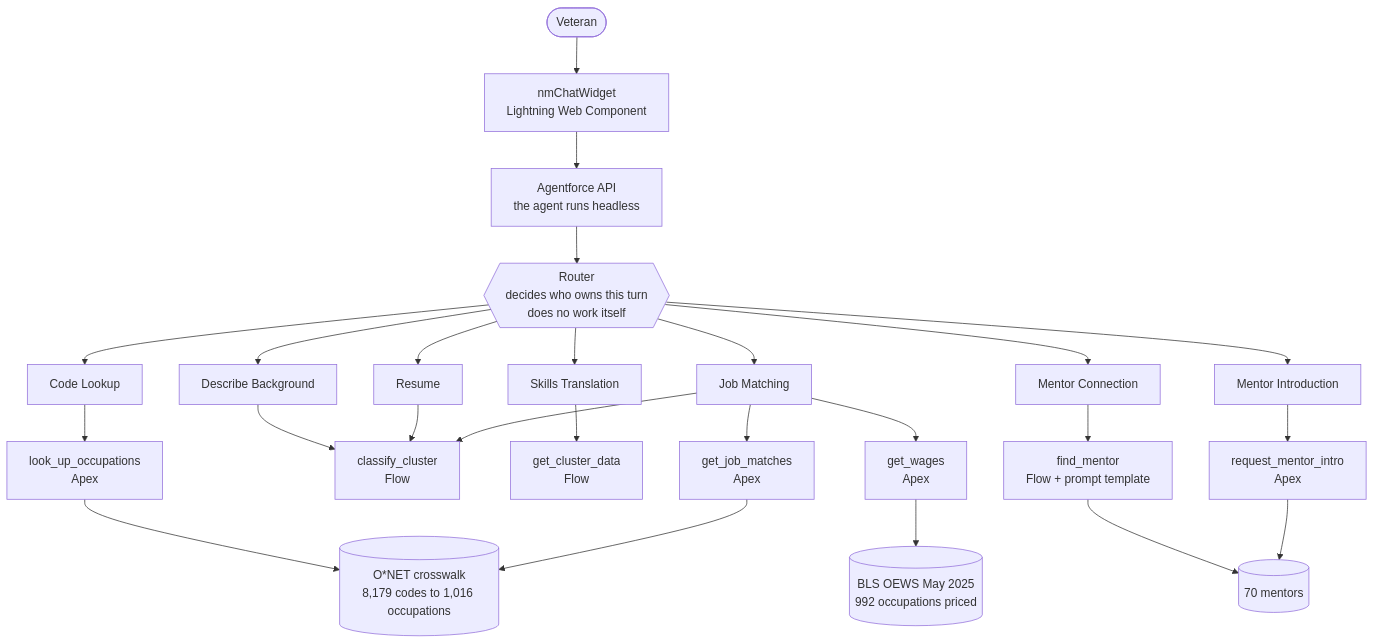
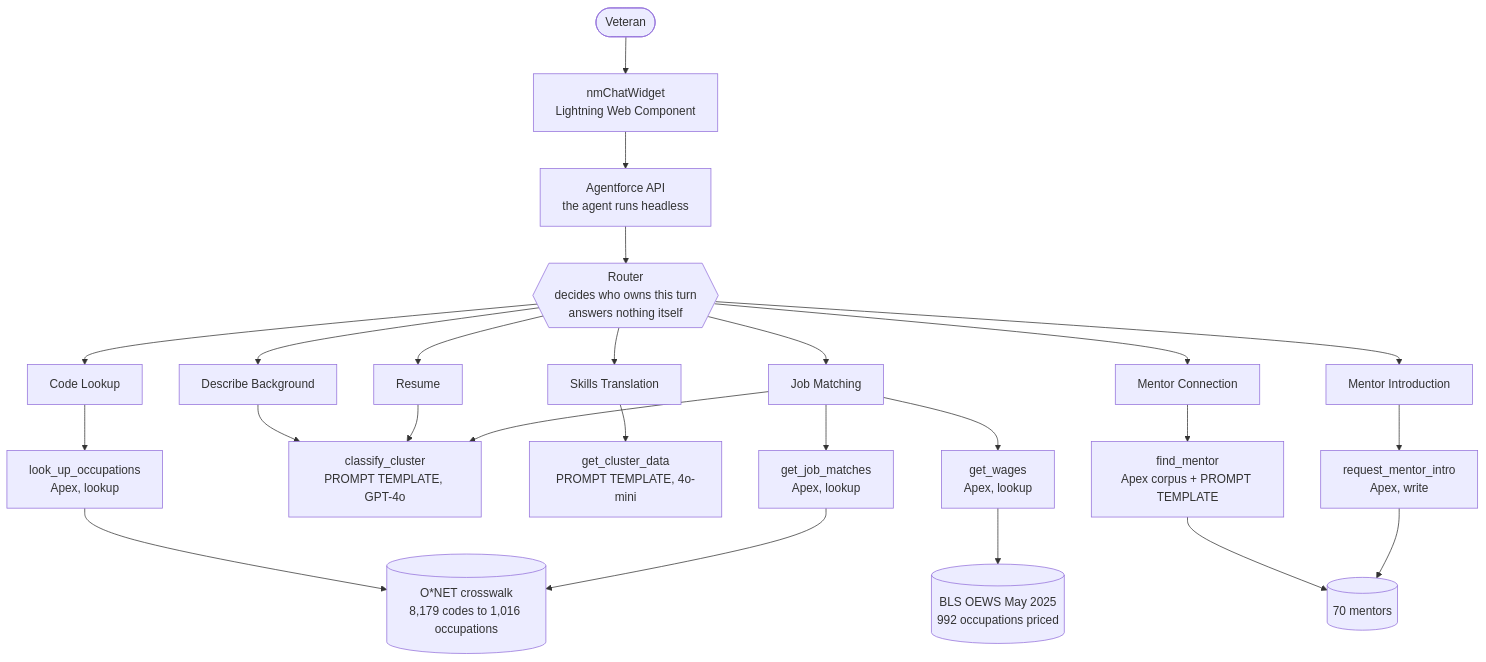
Before and after one commit to apurpuraJax/NextMission-Dreamforce-Hackathon: the first of 2 diagrams in DESIGN.md, drawn with Mermaid. The commit also changed other lines of this file, not shown here.

````diff
--- a/DESIGN.md
+++ b/DESIGN.md
@@ -11,30 +51,30 @@
 ```mermaid
 flowchart TD
     V([Veteran]) --> W[nmChatWidget<br/>Lightning Web Component]
     W --> API[Agentforce API<br/>the agent runs headless]
-    API --> R{{"Router<br/>decides who owns this turn<br/>does no work itself"}}
+    API --> R{{"Router<br/>decides who owns this turn<br/>answers nothing itself"}}
 
     R --> CL[Code Lookup]
     R --> DB[Describe Background]
     R --> RES[Resume]
     R --> ST[Skills Translation]
     R --> JM[Job Matching]
     R --> MC[Mentor Connection]
     R --> MI[Mentor Introduction]
 
-    CL --> A1[look_up_occupations<br/>Apex]
-    DB --> F1[classify_cluster<br/>Flow]
+    CL --> A1["look_up_occupations<br/>Apex, lookup"]
+    DB --> F1["classify_cluster<br/>PROMPT TEMPLATE, GPT-4o"]
     RES --> F1
-    ST --> F2[get_cluster_data<br/>Flow]
-    JM --> A2[get_job_matches<br/>Apex]
-    JM --> A3[get_wages<br/>Apex]
+    ST --> F2["get_cluster_data<br/>PROMPT TEMPLATE, 4o-mini"]
+    JM --> A2["get_job_matches<br/>Apex, lookup"]
+    JM --> A3["get_wages<br/>Apex, lookup"]
     JM --> F1
-    MC --> F3[find_mentor<br/>Flow + prompt template]
-    MI --> A4[request_mentor_intro<br/>Apex]
+    MC --> F3["find_mentor<br/>Apex corpus + PROMPT TEMPLATE"]
+    MI --> A4["request_mentor_intro<br/>Apex, write"]
 
-    A1 --> D[(O*NET crosswalk<br/>8,179 codes to 1,016 occupations)]
+    A1 --> D[("O*NET crosswalk<br/>8,179 codes to 1,016 occupations")]
     A2 --> D
-    A3 --> B[(BLS OEWS May 2025<br/>992 occupations priced)]
-    F3 --> M[(70 mentors)]
+    A3 --> B[("BLS OEWS May 2025<br/>992 occupations priced")]
+    F3 --> M[("70 mentors")]
     A4 --> M
 ```
````
